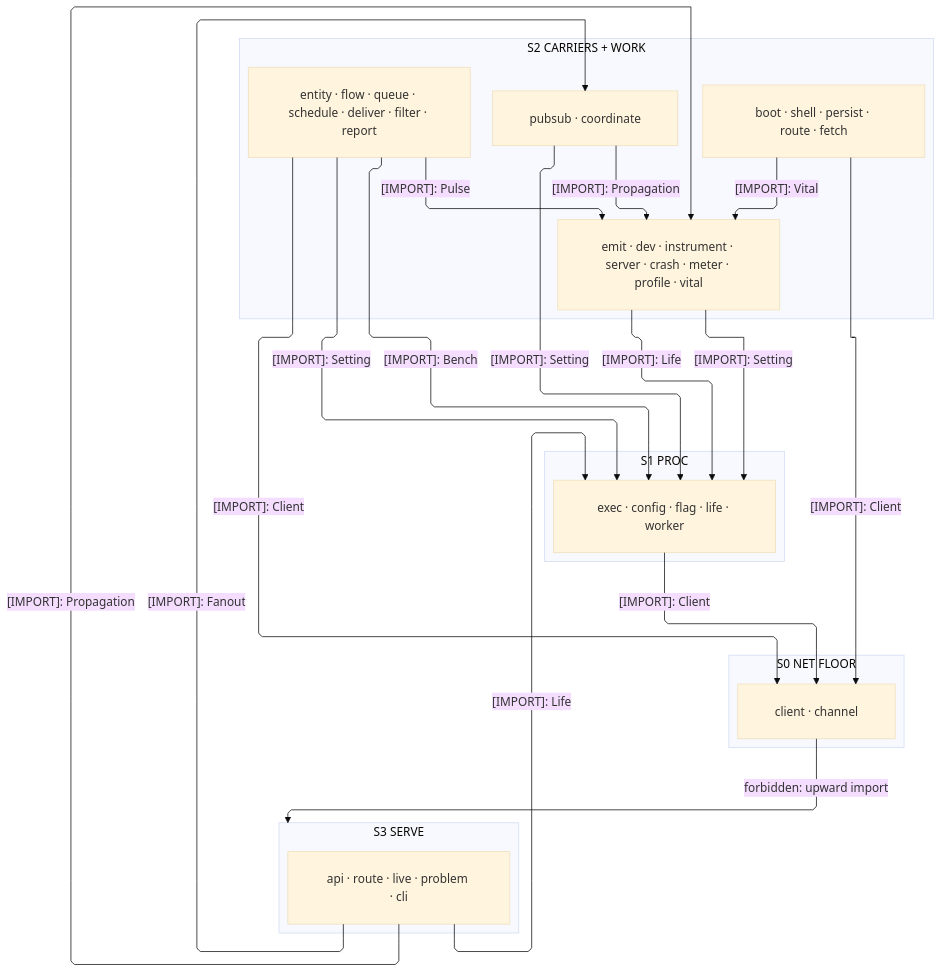
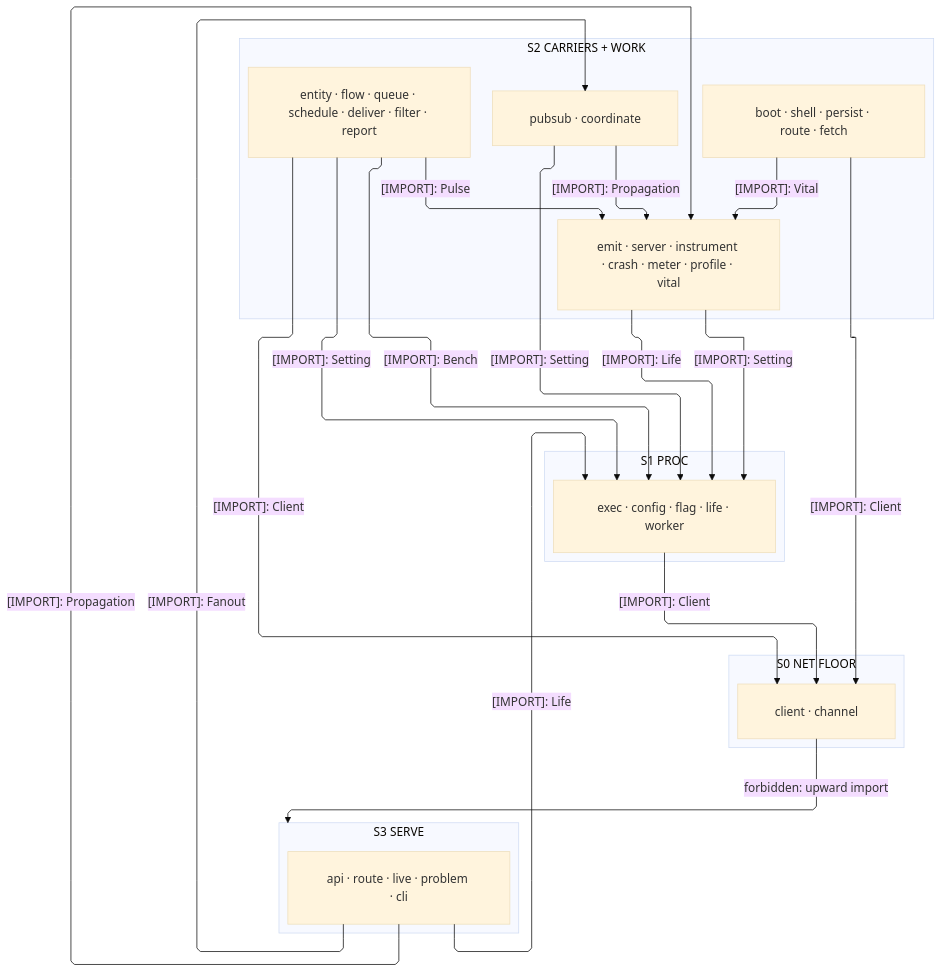
One commit to bsamiee/Rasm changed the first of 4 diagrams in libs/typescript/runtime/ARCHITECTURE.md. Above: the diagram before and after it, drawn with Mermaid (base theme). The commit also changed other lines of this file and 56 other files, not shown here.

````diff
--- a/libs/typescript/runtime/ARCHITECTURE.md
+++ b/libs/typescript/runtime/ARCHITECTURE.md
@@ -72,42 +72,42 @@
 ```mermaid
 ---
 config:
   layout: elk
   flowchart:
     curve: linear
     padding: 25
 ---
 flowchart TB
     accTitle: Runtime interior import strata
     accDescr: How the interior sub-domains rank onto the net floor, lateral edges held inside one stratum.
     subgraph S3["S3 SERVE"]
         Serve["api · route · live · problem · cli"]
     end
     subgraph S2["S2 CARRIERS + WORK"]
         Fanout["pubsub · coordinate"]
-        Otel["emit · dev · instrument · server · crash · meter · profile · vital"]
+        Otel["emit · server · instrument · crash · meter · profile · vital"]
         Browser["boot · shell · persist · route · fetch"]
         Work["entity · flow · queue · schedule · deliver · filter · report"]
     end
     subgraph S1["S1 PROC"]
         Proc["exec · config · flag · life · worker"]
     end
     subgraph S0["S0 NET FLOOR"]
         NetFloor["client · channel"]
     end
     Proc e1@-->|"[IMPORT]: Client"| NetFloor
     Fanout e2@-->|"[IMPORT]: Setting"| Proc
     Otel e3@-->|"[IMPORT]: Life"| Proc
     Otel e4@-->|"[IMPORT]: Setting"| Proc
     Browser e5@-->|"[IMPORT]: Client"| NetFloor
     Work e6@-->|"[IMPORT]: Setting"| Proc
     Work e7@-->|"[IMPORT]: Client"| NetFloor
     Work e8@-->|"[IMPORT]: Bench"| Proc
     Work e9@-->|"[IMPORT]: Pulse"| Otel
     Browser e10@-->|"[IMPORT]: Vital"| Otel
     Fanout e11@-->|"[IMPORT]: Propagation"| Otel
     Serve e12@-->|"[IMPORT]: Fanout"| Fanout
     Serve e13@-->|"[IMPORT]: Propagation"| Otel
     Serve e14@-->|"[IMPORT]: Life"| Proc
     NetFloor f1@-->|"forbidden: upward import"| S3
 ```
````
